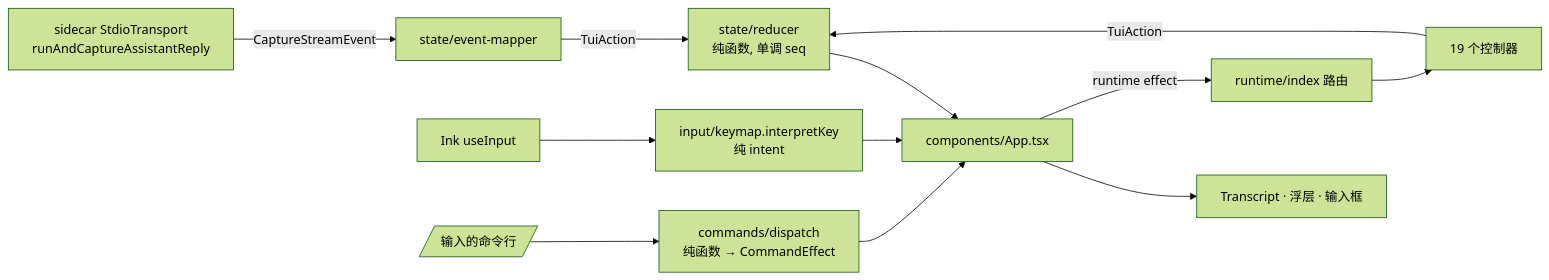
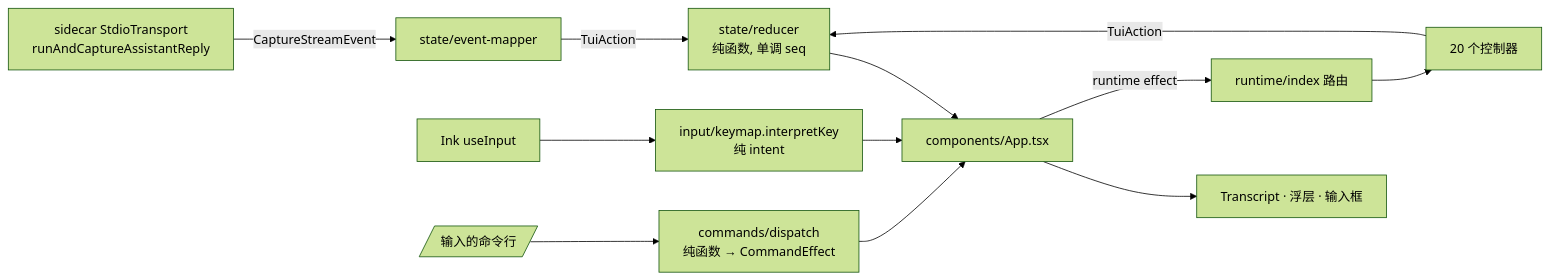
One commit to MaxQian888/cognia-next changed the diagram in docs/content/docs/zh/subsystems/cognia-agent-tui.mdx. Above: the diagram before and after it, drawn with Mermaid (forest theme). The commit also changed other lines of this file and 21 other files, not shown here.

````diff
--- a/docs/content/docs/zh/subsystems/cognia-agent-tui.mdx
+++ b/docs/content/docs/zh/subsystems/cognia-agent-tui.mdx
@@ -57,11 +57,11 @@
 ```mermaid
 flowchart LR
   SC[sidecar StdioTransport<br/>runAndCaptureAssistantReply] -- CaptureStreamEvent --> EM[state/event-mapper]
   EM -- TuiAction --> RED[state/reducer<br/>纯函数, 单调 seq]
   RED --> APP[components/App.tsx]
   APP --> TR[Transcript · 浮层 · 输入框]
   KEY[Ink useInput] --> KM[input/keymap.interpretKey<br/>纯 intent] --> APP
   CMD[/输入的命令行/] --> DSP[commands/dispatch<br/>纯函数 → CommandEffect] --> APP
-  APP -- runtime effect --> RT[runtime/index 路由] --> CTL[19 个控制器]
+  APP -- runtime effect --> RT[runtime/index 路由] --> CTL[20 个控制器]
   CTL -- TuiAction --> RED
 ```
````
